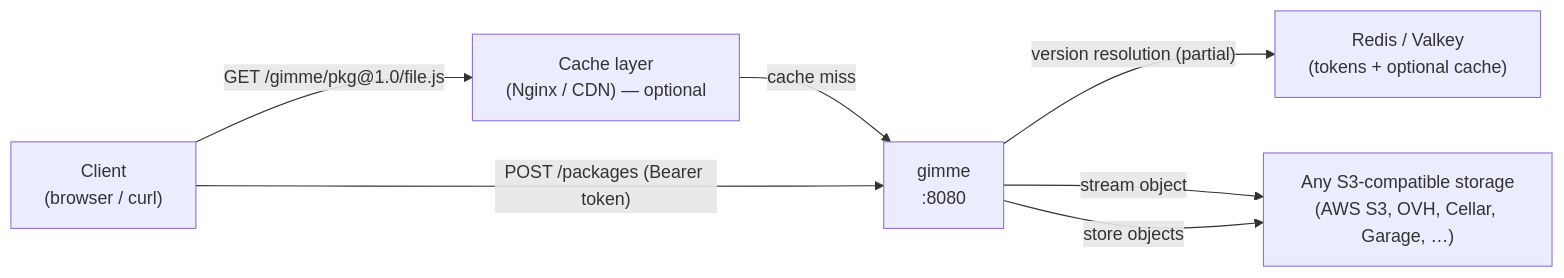
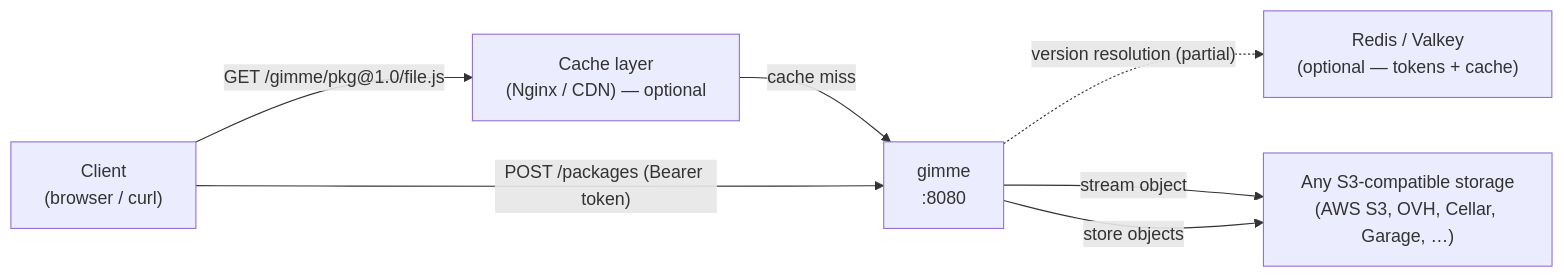
Before and after one commit to ziggornif/gimme: the first of 3 diagrams in README.md, drawn with Mermaid. The commit also changed other lines of this file and 1 other file, not shown here.

````diff
--- a/README.md
+++ b/README.md
@@ -42,15 +42,15 @@
 ```mermaid
 graph LR
     Client["Client\n(browser / curl)"]
     Gimme["gimme\n:8080"]
     S3["Any S3-compatible storage\n(AWS S3, OVH, Cellar, Garage, …)"]
     Cache["Cache layer\n(Nginx / CDN) — optional"]
-    Redis["Redis / Valkey\n(tokens + optional cache)"]
+    Redis["Redis / Valkey\n(optional — tokens + cache)"]
 
     Client -->|"GET /gimme/pkg@1.0/file.js"| Cache
     Cache -->|cache miss| Gimme
-    Gimme -->|"version resolution (partial)"| Redis
+    Gimme -.->|"version resolution (partial)"| Redis
     Gimme -->|stream object| S3
     Client -->|"POST /packages (Bearer token)"| Gimme
     Gimme -->|store objects| S3
 ```
````
